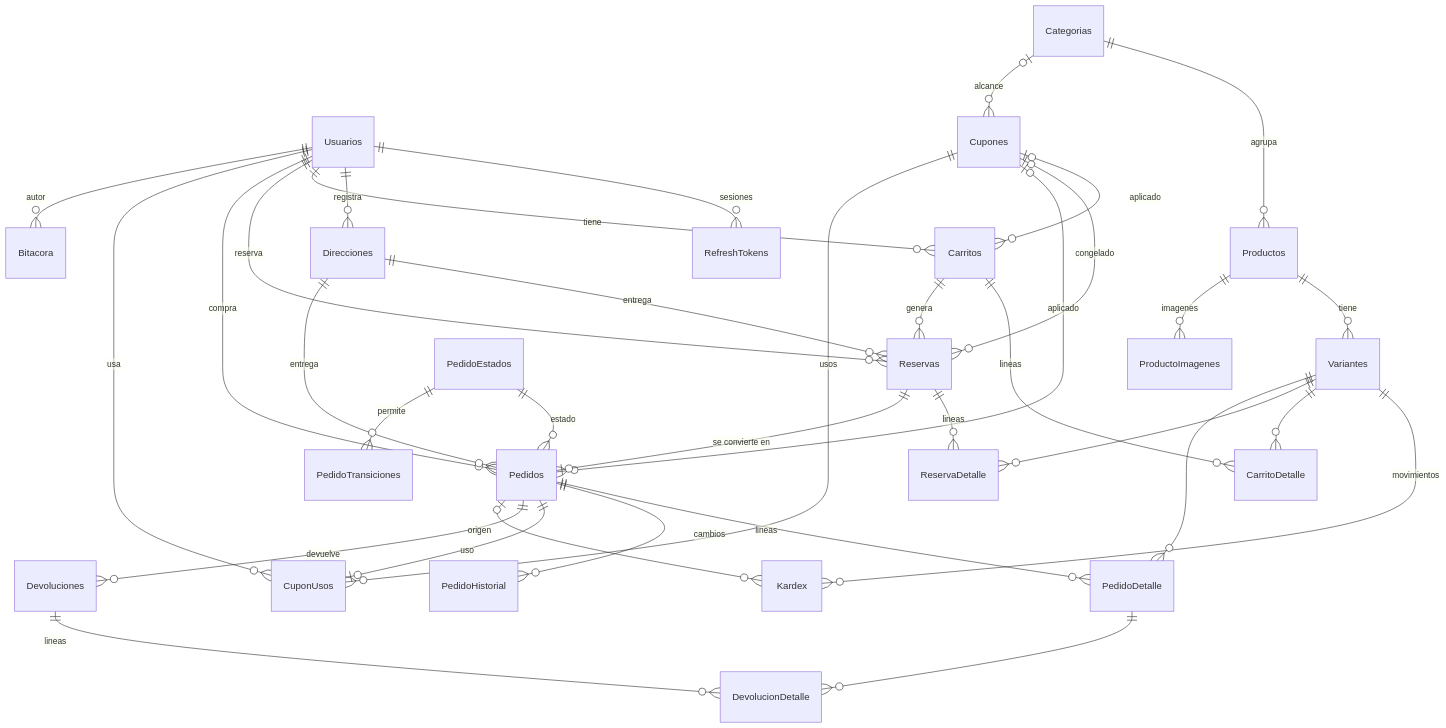
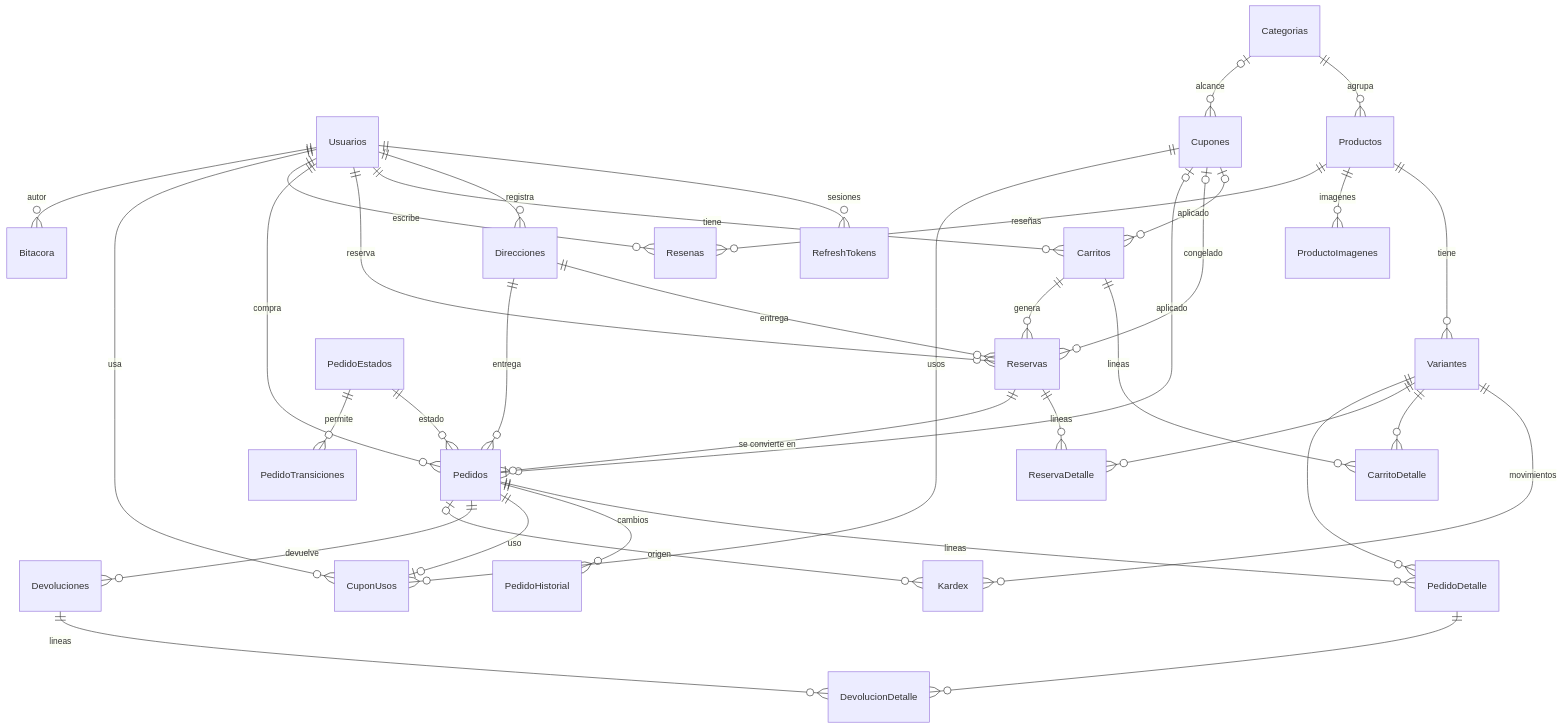
The first of 3 diagrams in README.md (eramirez150/shopcart), drawn with Mermaid before and after one commit. The commit also changed other lines of this file and 16 other files, not shown here.

````diff
--- a/README.md
+++ b/README.md
@@ -322,37 +328,39 @@
 ```mermaid
 erDiagram
     Usuarios ||--o{ RefreshTokens : "sesiones"
     Usuarios ||--o{ Direcciones : "registra"
     Usuarios ||--o{ Carritos : "tiene"
     Usuarios ||--o{ Reservas : "reserva"
     Usuarios ||--o{ Pedidos : "compra"
     Categorias ||--o{ Productos : "agrupa"
     Categorias |o--o{ Cupones : "alcance"
     Productos ||--o{ Variantes : "tiene"
     Productos ||--o{ ProductoImagenes : "imagenes"
+    Productos ||--o{ Resenas : "reseñas"
+    Usuarios ||--o{ Resenas : "escribe"
     Variantes ||--o{ Kardex : "movimientos"
     Carritos ||--o{ CarritoDetalle : "lineas"
     Variantes ||--o{ CarritoDetalle : ""
     Cupones |o--o{ Carritos : "aplicado"
     Carritos ||--o{ Reservas : "genera"
     Direcciones ||--o{ Reservas : "entrega"
     Direcciones ||--o{ Pedidos : "entrega"
     Cupones |o--o{ Reservas : "congelado"
     Cupones |o--o{ Pedidos : "aplicado"
     Reservas ||--o{ ReservaDetalle : "lineas"
     Variantes ||--o{ ReservaDetalle : ""
     Reservas ||--o| Pedidos : "se convierte en"
     PedidoEstados ||--o{ Pedidos : "estado"
     PedidoEstados ||--o{ PedidoTransiciones : "permite"
     Pedidos ||--o{ PedidoDetalle : "lineas"
     Variantes ||--o{ PedidoDetalle : ""
     Pedidos ||--o{ PedidoHistorial : "cambios"
     Pedidos ||--o| CuponUsos : "uso"
     Cupones ||--o{ CuponUsos : "usos"
     Usuarios ||--o{ CuponUsos : "usa"
     Pedidos ||--o{ Devoluciones : "devuelve"
     Devoluciones ||--o{ DevolucionDetalle : "lineas"
     PedidoDetalle ||--o{ DevolucionDetalle : ""
     Pedidos |o--o{ Kardex : "origen"
     Usuarios ||--o{ Bitacora : "autor"
 ```
````
